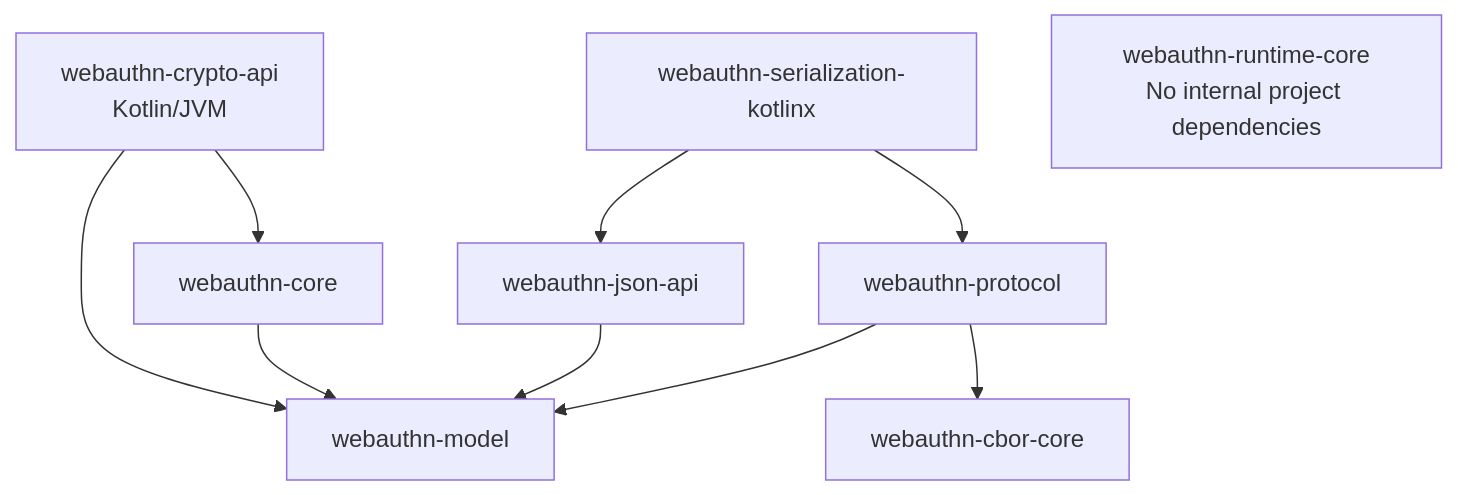
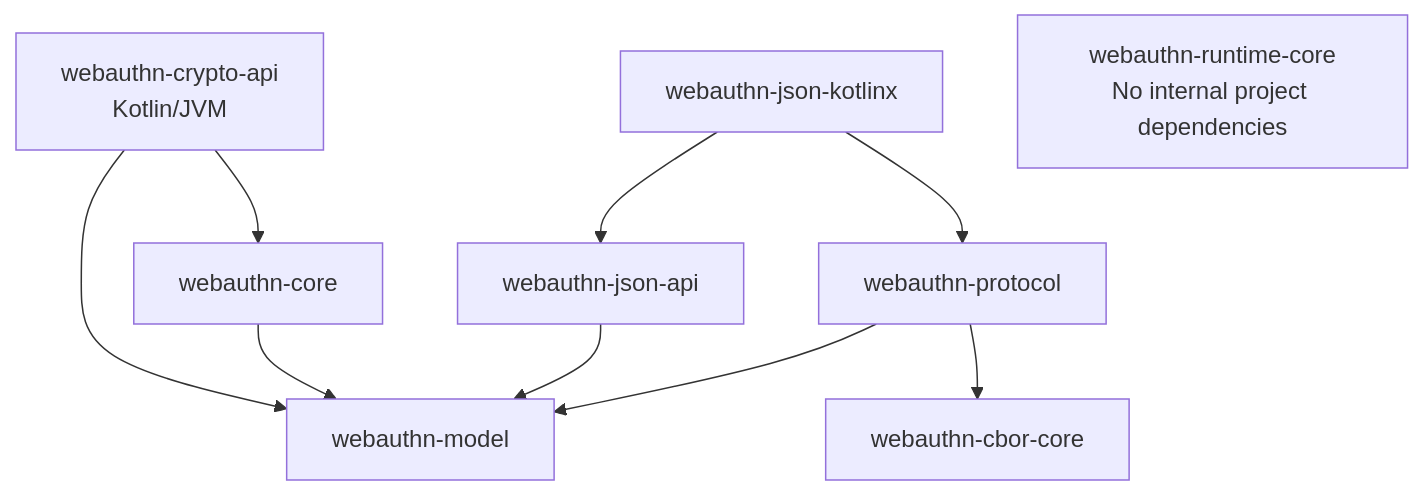
The second of 4 diagrams in docs/architecture.md (szijpeter/webauthn-kotlin-multiplatform), drawn with Mermaid before and after one commit. The commit also changed other lines of this file and 40 other files, not shown here.

Commit message:
refactor(json): rename Kotlinx codec artifact

````diff
--- a/docs/architecture.md
+++ b/docs/architecture.md
@@ -58,20 +58,20 @@
 ```mermaid
 flowchart TB
     CRYPTO_API["webauthn-crypto-api<br/>Kotlin/JVM"]
     CORE["webauthn-core"]
-    SERIALIZATION["webauthn-serialization-kotlinx"]
+    SERIALIZATION["webauthn-json-kotlinx"]
     JSON_API["webauthn-json-api"]
     PROTOCOL["webauthn-protocol"]
     CBOR["webauthn-cbor-core"]
     MODEL["webauthn-model"]
     RUNTIME["webauthn-runtime-core<br/>No internal project dependencies"]
 
     CRYPTO_API --> CORE
     CRYPTO_API --> MODEL
     CORE --> MODEL
     SERIALIZATION --> JSON_API
     SERIALIZATION --> PROTOCOL
     JSON_API --> MODEL
     PROTOCOL --> MODEL
     PROTOCOL --> CBOR
 ```
````
